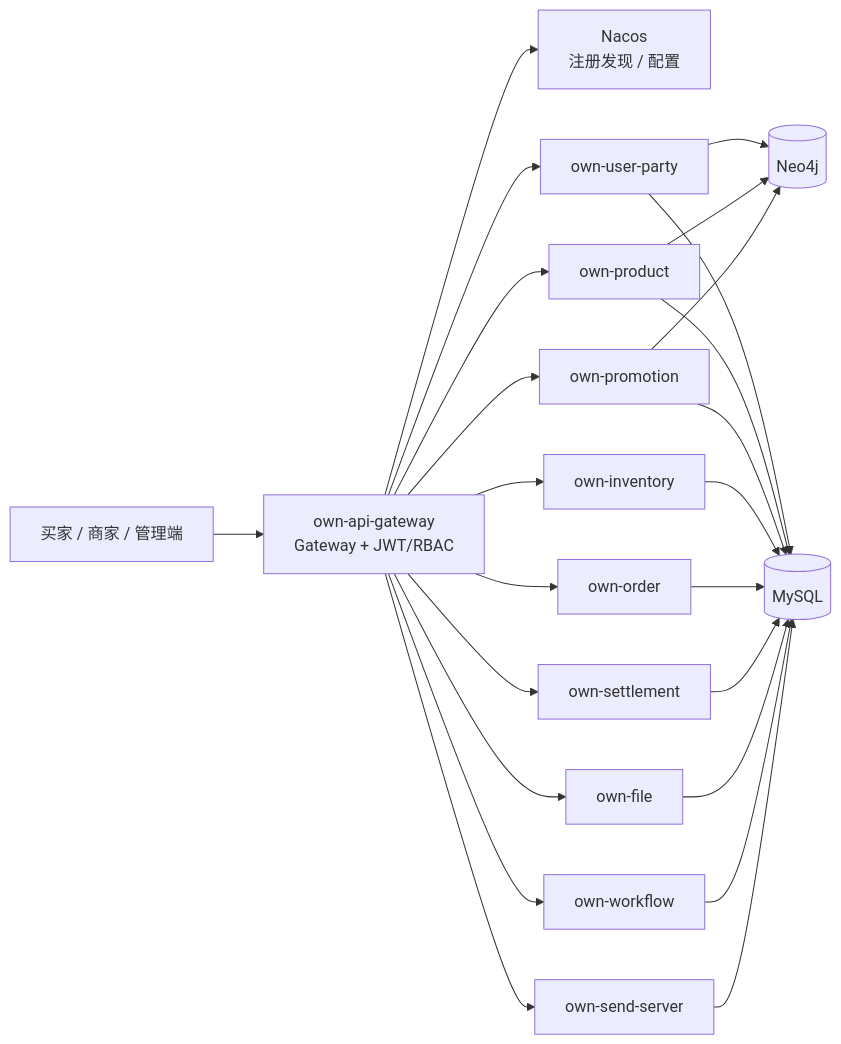
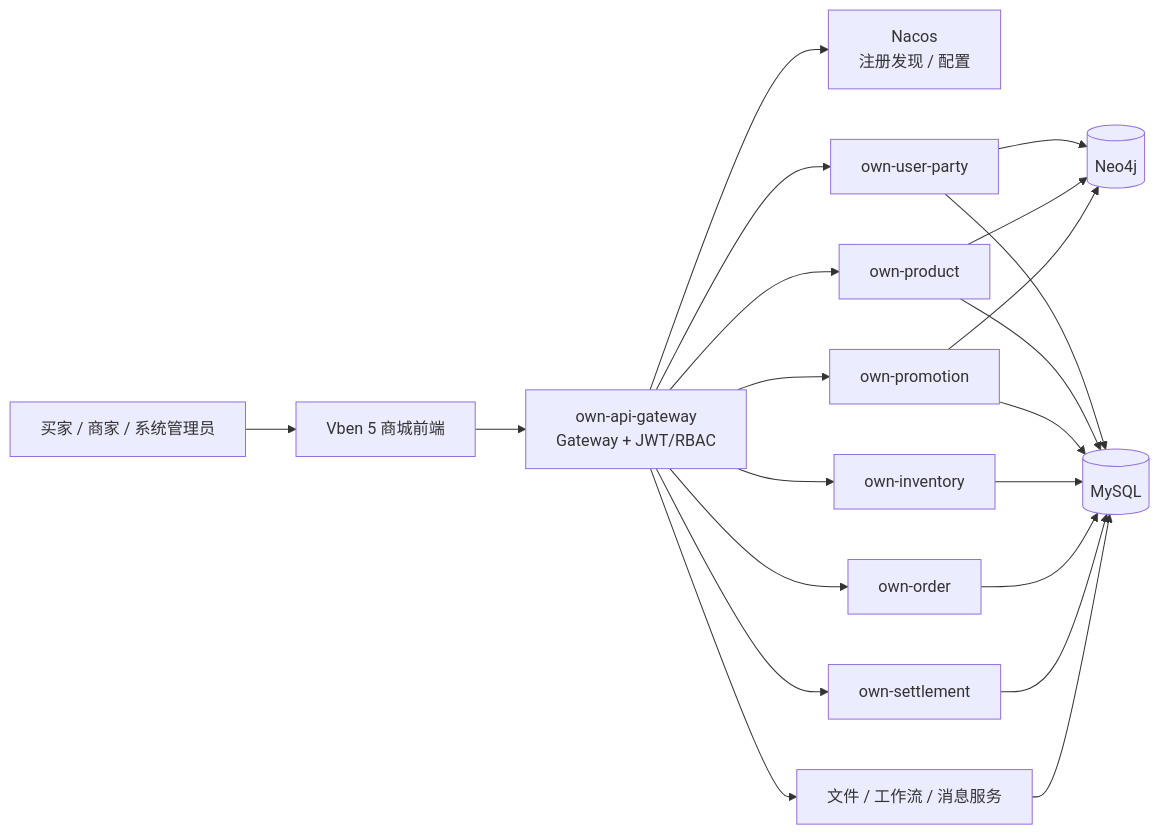
One commit to Blucezhang/micro-server-own changed the diagram in README.md. Above: the diagram before and after it, drawn with Mermaid. The commit also changed other lines of this file and 1 other file, not shown here.

````diff
--- a/README.md
+++ b/README.md
@@ -27,27 +44,23 @@
 ```mermaid
 flowchart LR
-    client[买家 / 商家 / 管理端] --> gateway[own-api-gateway\nGateway + JWT/RBAC]
+    client[买家 / 商家 / 系统管理员] --> web[Vben 5 商城前端]
+    web --> gateway[own-api-gateway\nGateway + JWT/RBAC]
     gateway --> nacos[Nacos\n注册发现 / 配置]
     gateway --> user[own-user-party]
     gateway --> product[own-product]
     gateway --> promotion[own-promotion]
     gateway --> inventory[own-inventory]
     gateway --> order[own-order]
     gateway --> settlement[own-settlement]
-    gateway --> file[own-file]
-    gateway --> workflow[own-workflow]
-    gateway --> send[own-send-server]
-
+    gateway --> support[文件 / 工作流 / 消息服务]
     user --> neo4j[(Neo4j)]
     product --> neo4j
     promotion --> neo4j
     user --> mysql[(MySQL)]
     product --> mysql
     promotion --> mysql
     inventory --> mysql
     order --> mysql
     settlement --> mysql
-    file --> mysql
-    workflow --> mysql
-    send --> mysql
+    support --> mysql
 ```
````
